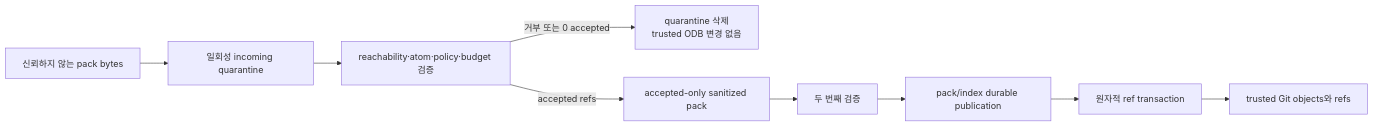
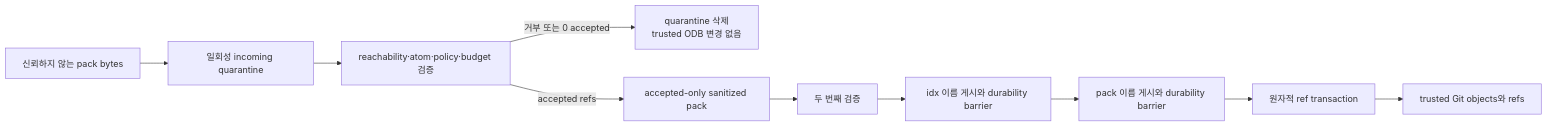
One commit to doortts/yonalist changed the seventh of 10 diagrams in docs/yonalist-sync-design/design.md. Above: the diagram before and after it, drawn with Mermaid. The commit also changed other lines of this file and 3 other files, not shown here.

````diff
--- a/docs/yonalist-sync-design/design.md
+++ b/docs/yonalist-sync-design/design.md
@@ -201,11 +219,12 @@
 ```mermaid
 flowchart LR
   N["신뢰하지 않는 pack bytes"] --> Q["일회성 incoming quarantine"]
   Q --> V["reachability·atom·policy·budget 검증"]
   V -->|"거부 또는 0 accepted"| X["quarantine 삭제\ntrusted ODB 변경 없음"]
   V -->|"accepted refs"| S["accepted-only sanitized pack"]
   S --> R["두 번째 검증"]
-  R --> D["pack/index durable publication"]
-  D --> C["원자적 ref transaction"]
+  R --> I["idx 이름 게시와 durability barrier"]
+  I --> P["pack 이름 게시와 durability barrier"]
+  P --> C["원자적 ref transaction"]
   C --> T["trusted Git objects와 refs"]
 ```
````
